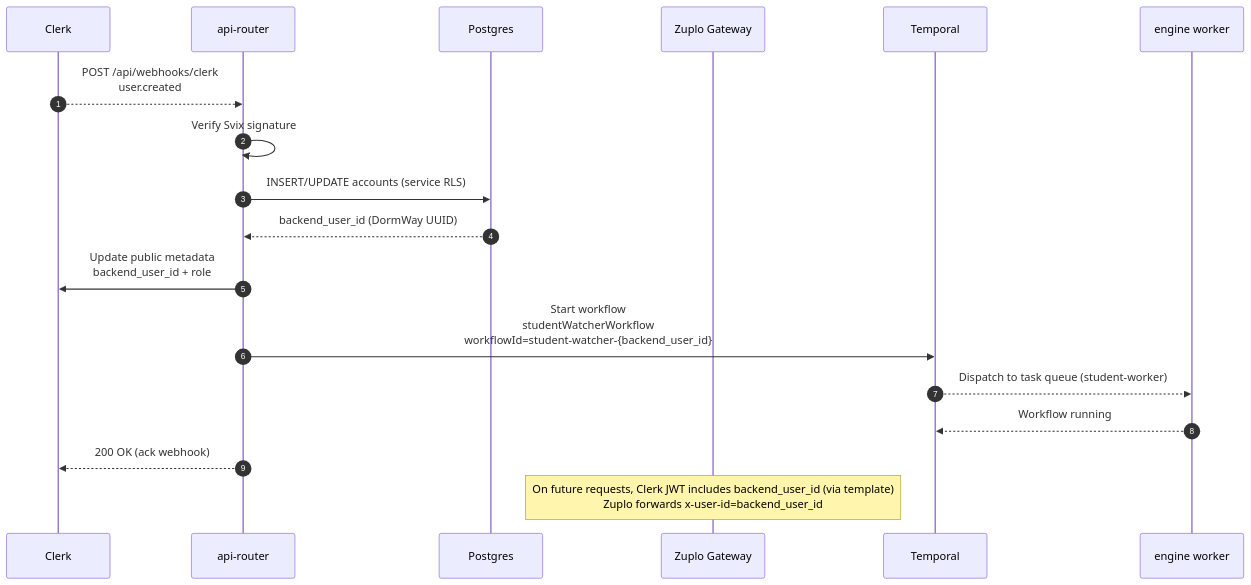
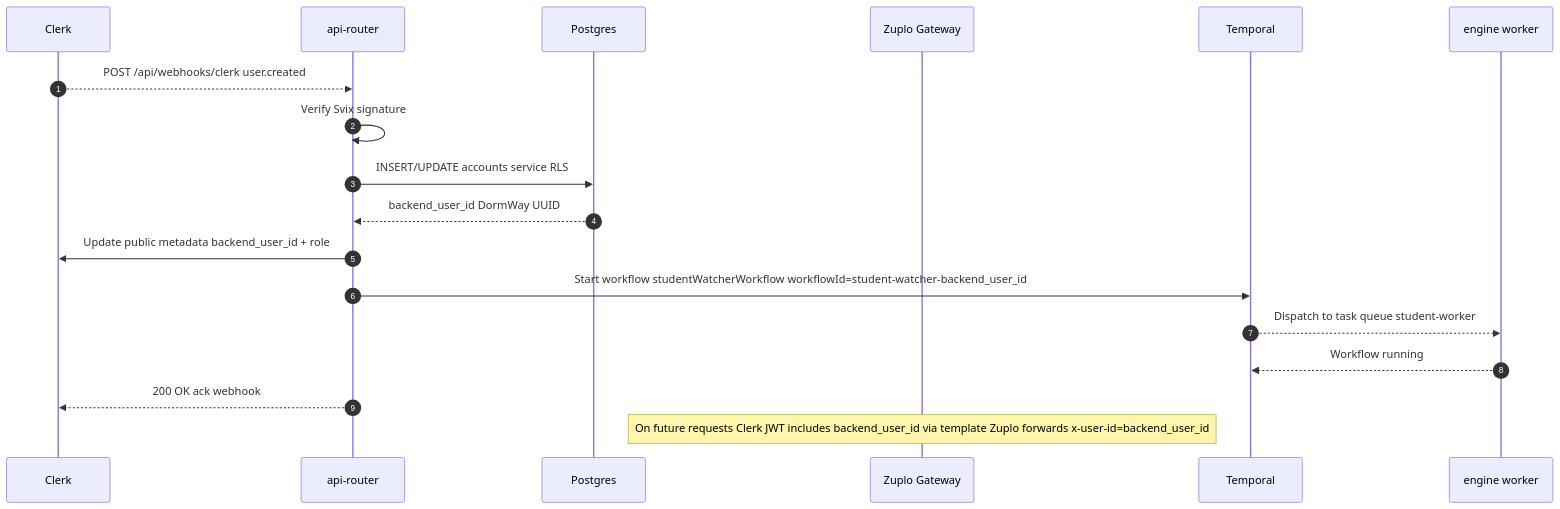
The fourth of 23 diagrams in docs/engineering/architecture/how-dormway-works.mdx (DormWay/mintlify-docs), drawn with Mermaid before and after one commit. The commit also changed other lines of this file, not shown here.

First line of the commit message:
fix: sanitize all 23 mermaid diagrams for Mermaid 11.x

````diff
--- a/docs/engineering/architecture/how-dormway-works.mdx
+++ b/docs/engineering/architecture/how-dormway-works.mdx
@@ -299,21 +299,21 @@
 ```mermaid
 sequenceDiagram
   autonumber
   participant Clerk as Clerk
   participant API as api-router
   participant DB as Postgres
   participant Zuplo as Zuplo Gateway
   participant Temporal as Temporal
   participant Engine as engine worker
 
-  Clerk-->>API: POST /api/webhooks/clerk<br>user.created
+  Clerk-->>API: POST /api/webhooks/clerk user.created
   API->>API: Verify Svix signature
-  API->>DB: INSERT/UPDATE accounts (service RLS)
-  DB-->>API: backend_user_id (DormWay UUID)
-  API->>Clerk: Update public metadata<br>backend_user_id + role
-  API->>Temporal: Start workflow<br>studentWatcherWorkflow<br>workflowId=student-watcher-{backend_user_id}
-  Temporal-->>Engine: Dispatch to task queue (student-worker)
+  API->>DB: INSERT/UPDATE accounts service RLS
+  DB-->>API: backend_user_id DormWay UUID
+  API->>Clerk: Update public metadata backend_user_id + role
+  API->>Temporal: Start workflow studentWatcherWorkflow workflowId=student-watcher-backend_user_id
+  Temporal-->>Engine: Dispatch to task queue student-worker
   Engine-->>Temporal: Workflow running
-  API-->>Clerk: 200 OK (ack webhook)
-  Note over Zuplo: On future requests, Clerk JWT includes backend_user_id (via template)<br>Zuplo forwards x-user-id=backend_user_id
+  API-->>Clerk: 200 OK ack webhook
+  Note over Zuplo: On future requests Clerk JWT includes backend_user_id via template Zuplo forwards x-user-id=backend_user_id
 ```
````
